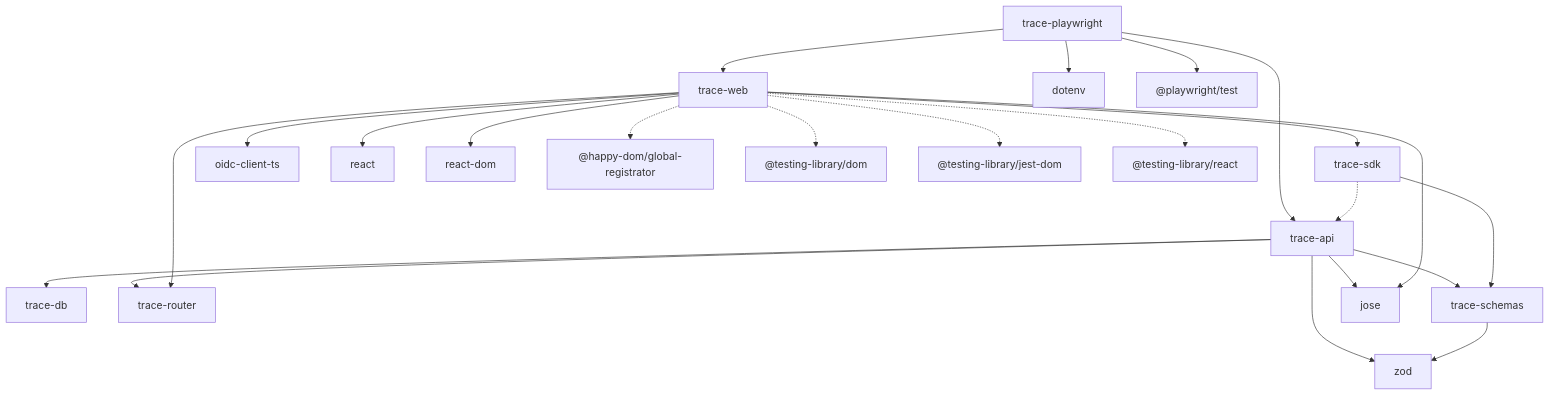
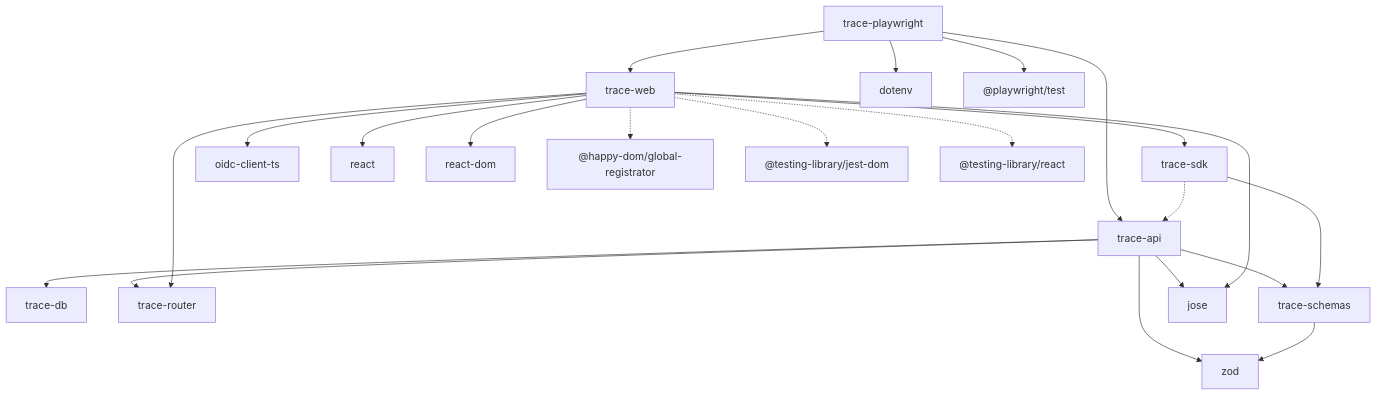
Before and after one commit to DigitalForge-Dynamics/Trace: the second of 2 diagrams in docs/packages.md, drawn with Mermaid.

Commit message:
[docs]: Remove reference to @testing-library/dom in packages dependency graph, as no longer a dev dependency.

````diff
--- a/docs/packages.md
+++ b/docs/packages.md
@@ -26,37 +26,36 @@
 ```mermaid
 graph
 	trace-api
 	trace-db
 	trace-playwright
 	trace-router
 	trace-schemas
 	trace-sdk
 	trace-web
 
 	trace-api --> zod
 	trace-api --> trace-schemas
 	trace-api --> trace-router
 	trace-api --> trace-db
 	trace-api --> jose
 
 	trace-playwright --> dotenv
 	trace-playwright --> trace-api
 	trace-playwright --> trace-web
 	trace-playwright --> playwright["@playwright/test"]
 
 	trace-schemas --> zod
 
 	trace-sdk -.-> trace-api
 	trace-sdk --> trace-schemas
 
 	trace-web --> jose
 	trace-web --> oidc-client-ts
 	trace-web --> react
 	trace-web --> react-dom
 	trace-web --> trace-sdk
     trace-web --> trace-router
     trace-web -.-> happy-dom["@happy-dom/global-registrator"]
-    trace-web -.-> testing-library-dom["@testing-library/dom"]
     trace-web -.-> testing-library-jest-dom["@testing-library/jest-dom"]
     trace-web -.-> testing-library-react["@testing-library/react"]
 ```
````
